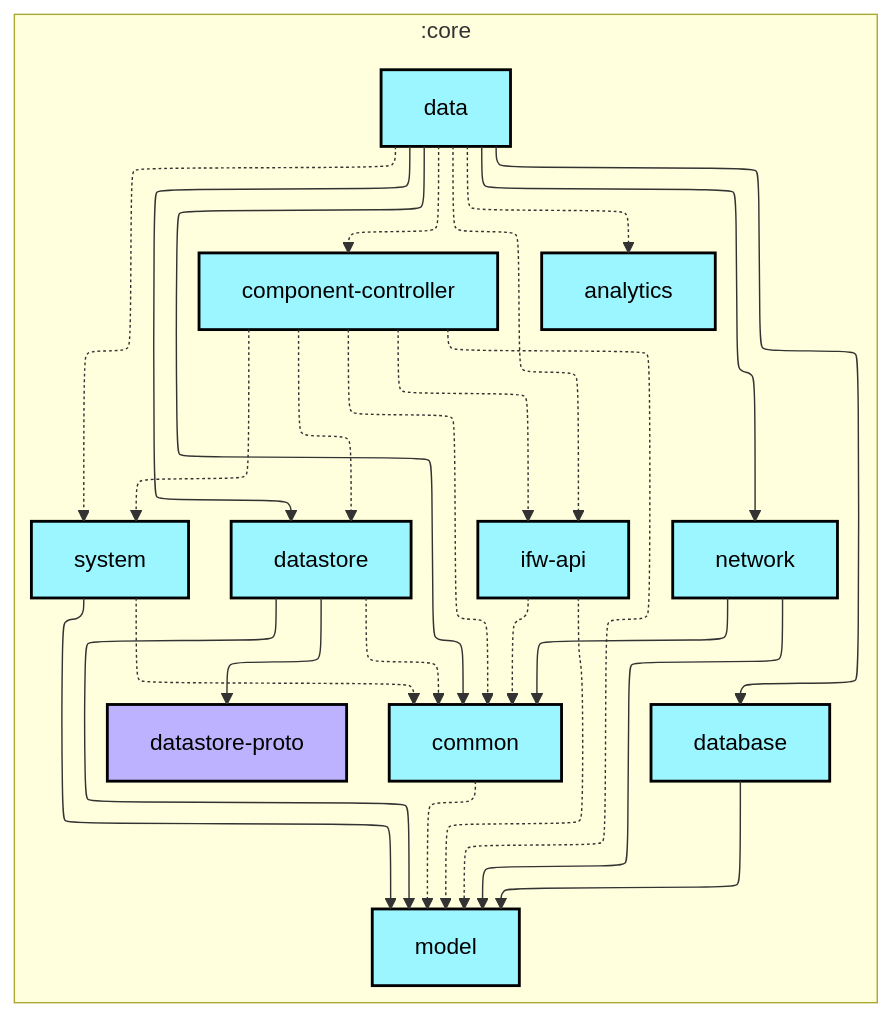
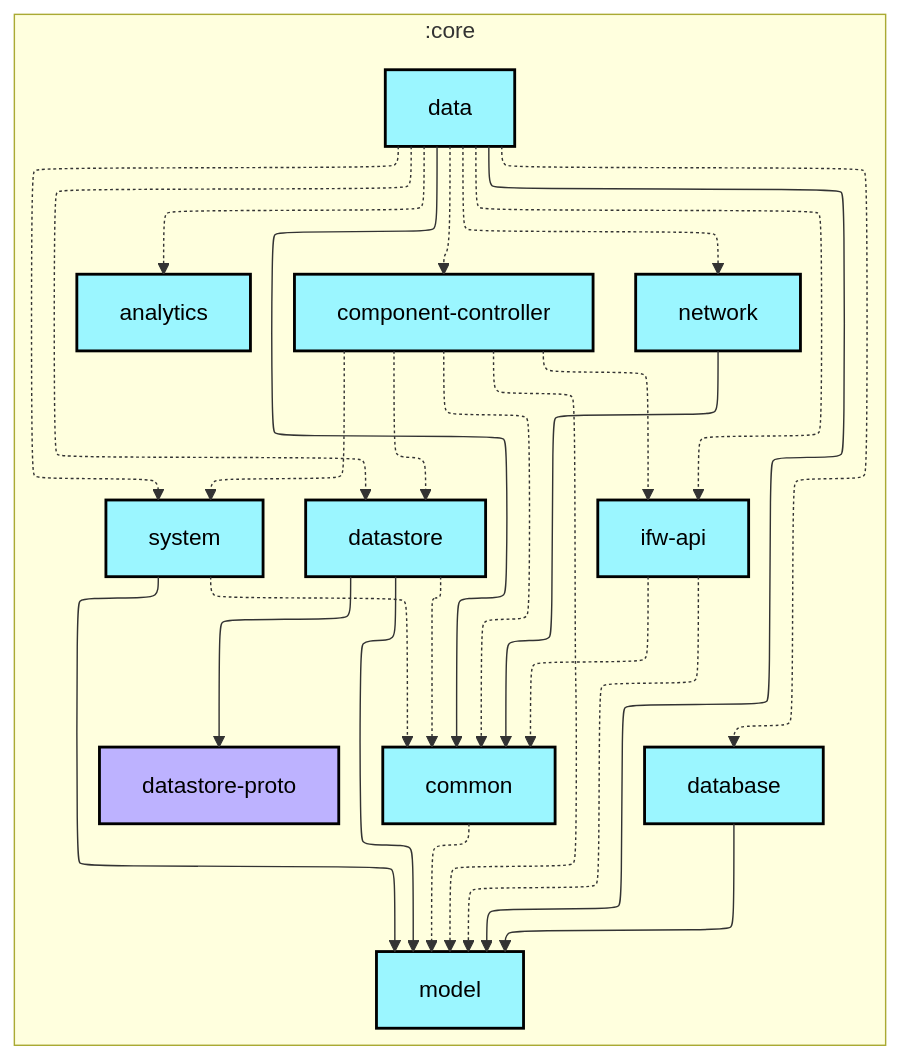
The first of 2 diagrams in core/data/README.md (lihenggui/blocker), drawn with Mermaid before and after one commit. The commit also changed 29 other files, not shown here.

First line of the commit message:
Update module dependency graphs after boundary cleanup

````diff
--- a/core/data/README.md
+++ b/core/data/README.md
@@ -6,55 +6,55 @@
 ```mermaid
 ---
 config:
   layout: elk
   elk:
     nodePlacementStrategy: SIMPLE
 ---
 graph TB
   subgraph :core
     direction TB
     :core:analytics[analytics]:::android-library
     :core:common[common]:::android-library
     :core:component-controller[component-controller]:::android-library
     :core:data[data]:::android-library
     :core:database[database]:::android-library
     :core:datastore[datastore]:::android-library
     :core:datastore-proto[datastore-proto]:::jvm-library
     :core:ifw-api[ifw-api]:::android-library
     :core:model[model]:::android-library
     :core:network[network]:::android-library
     :core:system[system]:::android-library
   end
 
   :core:common -.-> :core:model
   :core:component-controller -.-> :core:common
   :core:component-controller -.-> :core:datastore
   :core:component-controller -.-> :core:ifw-api
   :core:component-controller -.-> :core:model
   :core:component-controller -.-> :core:system
   :core:data -.-> :core:analytics
   :core:data --> :core:common
   :core:data -.-> :core:component-controller
-  :core:data --> :core:database
-  :core:data --> :core:datastore
+  :core:data -.-> :core:database
+  :core:data -.-> :core:datastore
   :core:data -.-> :core:ifw-api
-  :core:data --> :core:network
+  :core:data --> :core:model
+  :core:data -.-> :core:network
   :core:data -.-> :core:system
   :core:database --> :core:model
   :core:datastore -.-> :core:common
   :core:datastore --> :core:datastore-proto
   :core:datastore --> :core:model
   :core:ifw-api -.-> :core:common
   :core:ifw-api -.-> :core:model
   :core:network --> :core:common
-  :core:network --> :core:model
   :core:system -.-> :core:common
   :core:system --> :core:model
 
 classDef android-application fill:#CAFFBF,stroke:#000,stroke-width:2px,color:#000;
 classDef android-feature fill:#FFD6A5,stroke:#000,stroke-width:2px,color:#000;
 classDef android-library fill:#9BF6FF,stroke:#000,stroke-width:2px,color:#000;
 classDef android-test fill:#A0C4FF,stroke:#000,stroke-width:2px,color:#000;
 classDef jvm-library fill:#BDB2FF,stroke:#000,stroke-width:2px,color:#000;
 classDef unknown fill:#FFADAD,stroke:#000,stroke-width:2px,color:#000;
 ```
````
